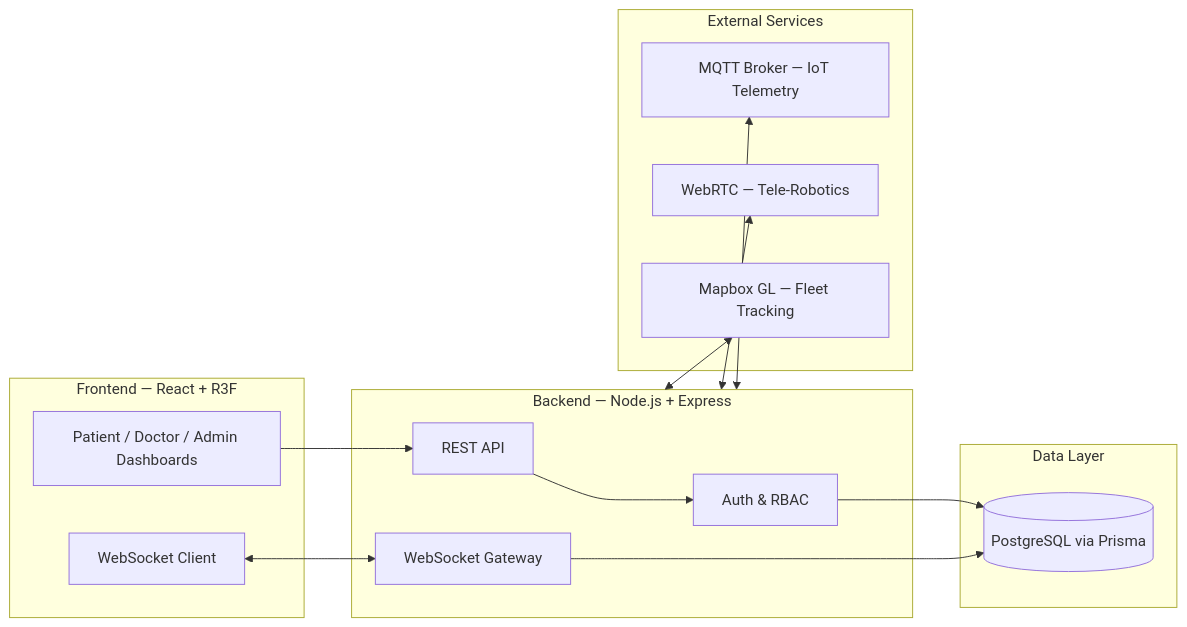
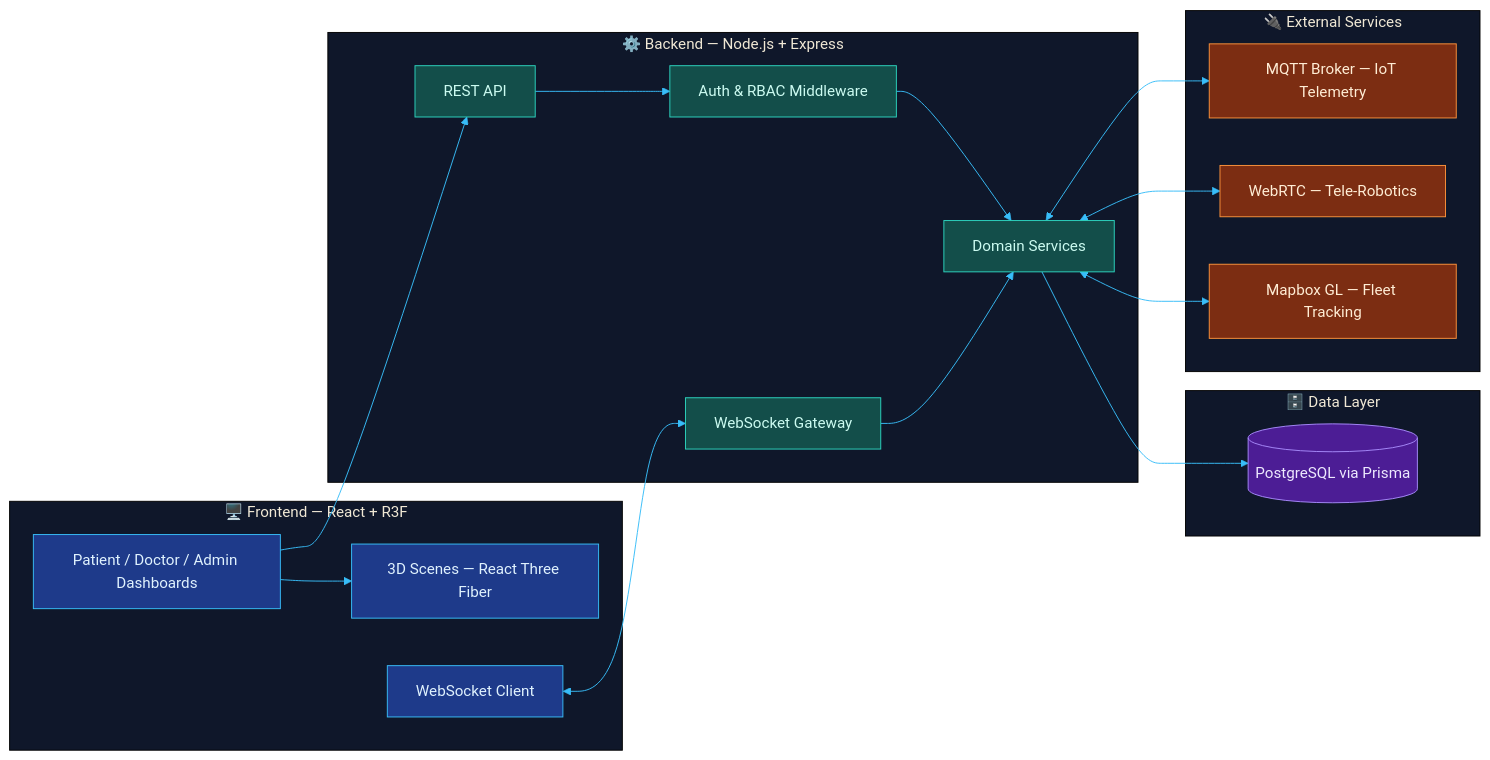
One commit to anshumaan12-2003/healthcare-app changed the first of 3 diagrams in README.md. Above: the diagram before and after it, drawn with Mermaid. The commit also changed other lines of this file, not shown here.

````diff
--- a/README.md
+++ b/README.md
@@ -77,31 +90,47 @@
 ```mermaid
+%%{init: {'theme':'base', 'themeVariables': {
+  'primaryColor':'#1E293B','primaryTextColor':'#E2E8F0','primaryBorderColor':'#38BDF8',
+  'lineColor':'#38BDF8','secondaryColor':'#0F172A','tertiaryColor':'#0F172A',
+  'fontFamily':'Trebuchet MS'}}}%%
 flowchart LR
-    subgraph Client["Frontend — React + R3F"]
+    subgraph Client["🖥️ Frontend — React + R3F"]
         UI[Patient / Doctor / Admin Dashboards]
+        SCENE[3D Scenes — React Three Fiber]
         WS_C[WebSocket Client]
     end
 
-    subgraph Server["Backend — Node.js + Express"]
+    subgraph Server["⚙️ Backend — Node.js + Express"]
         API[REST API]
+        AUTH[Auth & RBAC Middleware]
         WS_S[WebSocket Gateway]
-        AUTH[Auth & RBAC]
+        SVC[Domain Services]
     end
 
-    subgraph Data["Data Layer"]
+    subgraph Data["🗄️ Data Layer"]
         PG[(PostgreSQL via Prisma)]
     end
 
-    subgraph External["External Services"]
+    subgraph External["🔌 External Services"]
         MQTT[MQTT Broker — IoT Telemetry]
         RTC[WebRTC — Tele-Robotics]
         MAP[Mapbox GL — Fleet Tracking]
     end
 
     UI --> API
+    UI --> SCENE
     WS_C <--> WS_S
-    API --> AUTH --> PG
-    WS_S --> PG
-    Server <--> MQTT
-    Server <--> RTC
-    Server <--> MAP
+    API --> AUTH --> SVC --> PG
+    WS_S --> SVC
+    SVC <--> MQTT
+    SVC <--> RTC
+    SVC <--> MAP
+
+    classDef client fill:#1E3A8A,stroke:#38BDF8,color:#E0F2FE
+    classDef server fill:#134E4A,stroke:#2DD4BF,color:#CCFBF1
+    classDef data fill:#4C1D95,stroke:#A78BFA,color:#EDE9FE
+    classDef ext fill:#7C2D12,stroke:#FB923C,color:#FFEDD5
+    class UI,SCENE,WS_C client
+    class API,AUTH,WS_S,SVC server
+    class PG data
+    class MQTT,RTC,MAP ext
 ```
````
